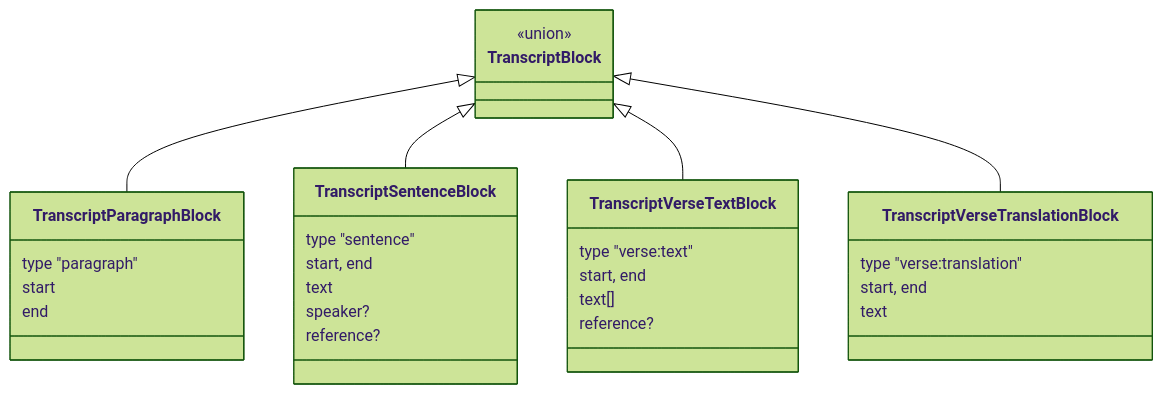
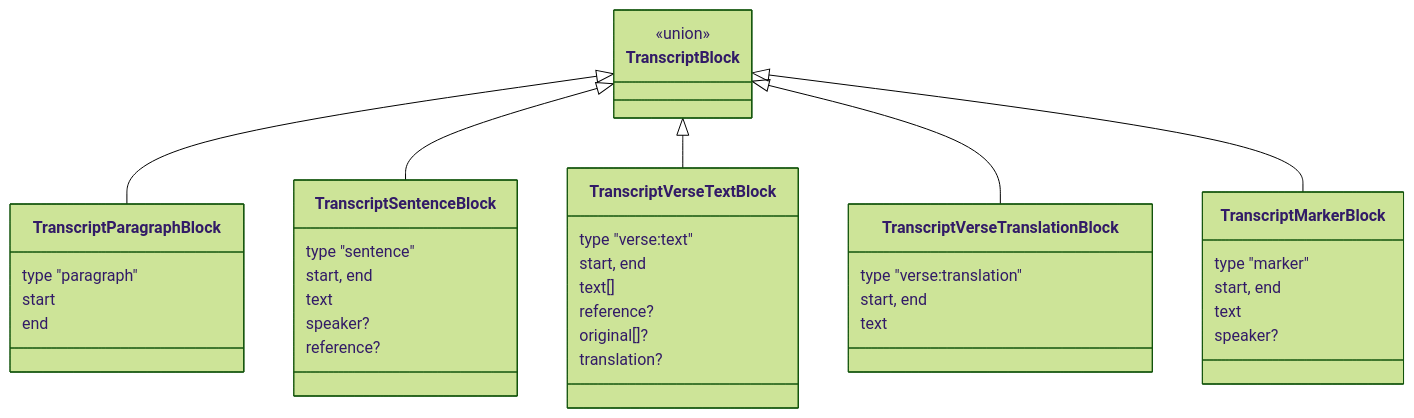
Before and after one commit to jiva-studio/shruti: the second of 2 diagrams in docs/repos/shruti/architecture/flows/transcript-load.md, drawn with Mermaid (forest theme). The commit also changed other lines of this file and 11 other files, not shown here.

````diff
--- a/docs/repos/shruti/architecture/flows/transcript-load.md
+++ b/docs/repos/shruti/architecture/flows/transcript-load.md
@@ -69,34 +69,43 @@
 ```mermaid
 classDiagram
     class TranscriptBlock {
         <<union>>
     }
     TranscriptBlock <|-- TranscriptParagraphBlock
     TranscriptBlock <|-- TranscriptSentenceBlock
     TranscriptBlock <|-- TranscriptVerseTextBlock
     TranscriptBlock <|-- TranscriptVerseTranslationBlock
+    TranscriptBlock <|-- TranscriptMarkerBlock
 
     class TranscriptParagraphBlock {
         type "paragraph"
         start
         end
     }
     class TranscriptSentenceBlock {
         type "sentence"
         start, end
         text
         speaker?
         reference?
     }
     class TranscriptVerseTextBlock {
         type "verse:text"
         start, end
         text[]
         reference?
+        original[]?
+        translation?
     }
     class TranscriptVerseTranslationBlock {
         type "verse:translation"
         start, end
         text
     }
+    class TranscriptMarkerBlock {
+        type "marker"
+        start, end
+        text
+        speaker?
+    }
 ```
````
